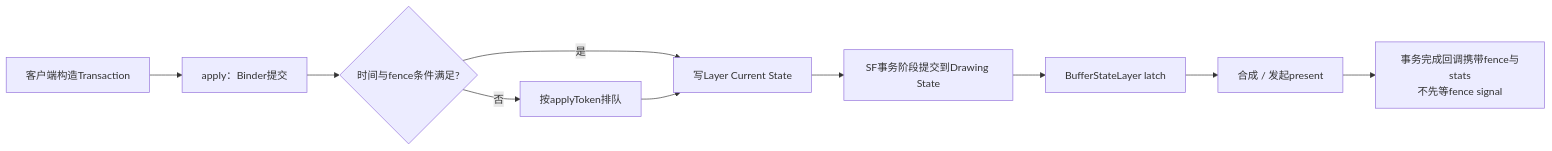
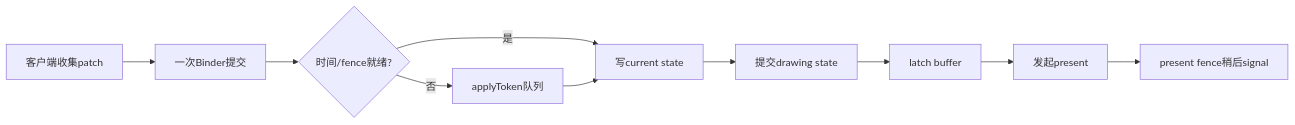
Before and after one commit to junyingzhao001/StudyNotes: the first of 3 diagrams in Android源码学习/164-AndroidSurfaceControlTransactionBufferStateLayer与事务原子性.md, drawn with Mermaid. The commit also changed other lines of this file and 30 other files, not shown here.

````diff
--- a/Android源码学习/164-AndroidSurfaceControlTransactionBufferStateLayer与事务原子性.md
+++ b/Android源码学习/164-AndroidSurfaceControlTransactionBufferStateLayer与事务原子性.md
@@ -67,12 +70,12 @@
 ```mermaid
 flowchart LR
-    BUILD["客户端构造Transaction"] --> IPC["apply：Binder提交"]
-    IPC --> READY{"时间与fence条件满足?"}
-    READY -->|"否"| QUEUE["按applyToken排队"]
-    READY -->|"是"| CUR["写Layer Current State"]
-    QUEUE --> CUR
-    CUR --> DRAW["SF事务阶段提交到Drawing State"]
-    DRAW --> LATCH["BufferStateLayer latch"]
-    LATCH --> PRESENT["合成 / 发起present"]
-    PRESENT --> CB["事务完成回调携带fence与stats<br/>不先等fence signal"]
+    A["客户端收集patch"] --> B["一次Binder提交"]
+    B --> C{"时间/fence就绪?"}
+    C -->|否| D["applyToken队列"]
+    C -->|是| E["写current state"]
+    D --> E
+    E --> F["提交drawing state"]
+    F --> G["latch buffer"]
+    G --> H["发起present"]
+    H --> I["present fence稍后signal"]
 ```
````
